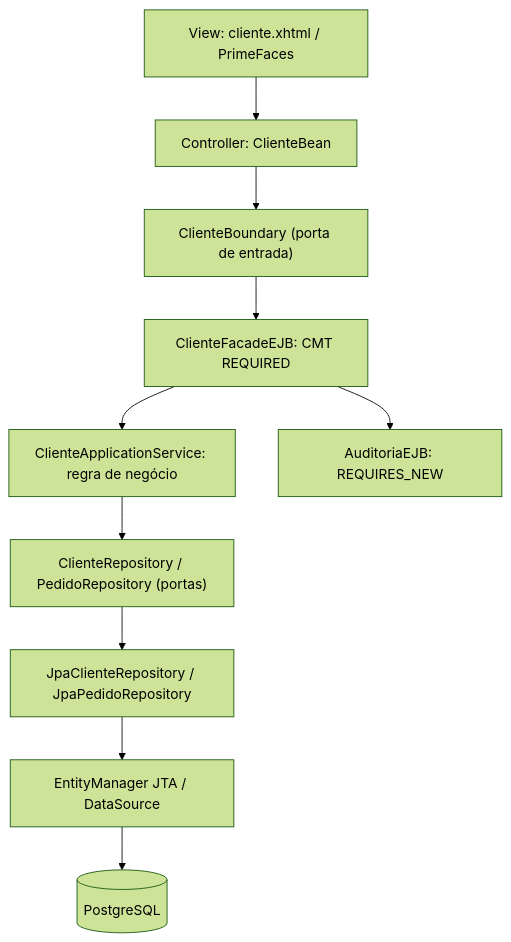
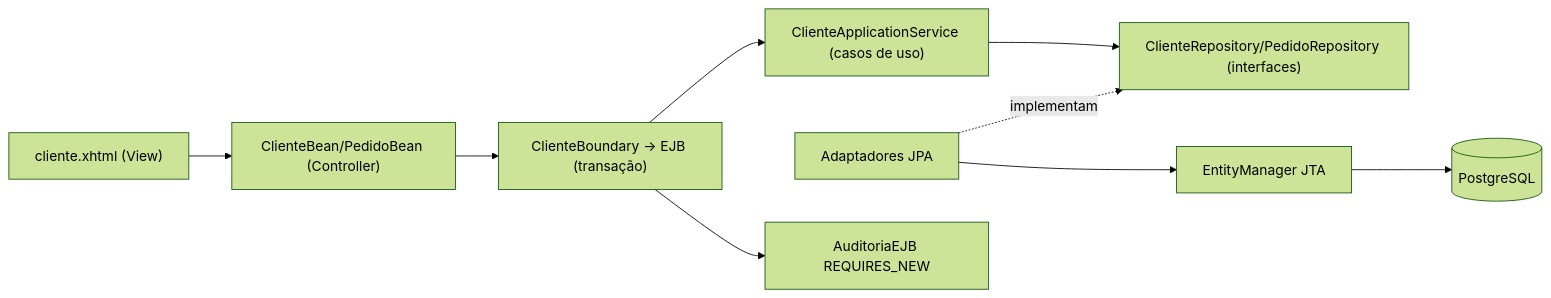
Before and after one commit to murilohenzo/java-estudos: the diagram in javaee/laboratorio/README.md, drawn with Mermaid (forest theme). The commit also changed other lines of this file and 3 other files, not shown here.

````diff
--- a/javaee/laboratorio/README.md
+++ b/javaee/laboratorio/README.md
@@ -7,12 +41,10 @@
 ```mermaid
-flowchart TB
-    UI["View: cliente.xhtml / PrimeFaces"] --> CTRL["Controller: ClienteBean"]
-    CTRL --> PORT["ClienteBoundary (porta de entrada)"]
-    PORT --> EJB["ClienteFacadeEJB: CMT REQUIRED"]
-    EJB --> SERVICE["ClienteApplicationService: regra de negócio"]
-    SERVICE --> REPOS["ClienteRepository / PedidoRepository (portas)"]
-    REPOS --> ADAPTERS["JpaClienteRepository / JpaPedidoRepository"]
-    ADAPTERS --> JPA["EntityManager JTA / DataSource"]
-    JPA --> DB[("PostgreSQL")]
-    EJB --> AUD["AuditoriaEJB: REQUIRES_NEW"]
+flowchart LR
+    X["cliente.xhtml (View)"] --> B["ClienteBean/PedidoBean (Controller)"]
+    B --> E["ClienteBoundary -> EJB (transação)"]
+    E --> S["ClienteApplicationService (casos de uso)"]
+    S --> I["ClienteRepository/PedidoRepository (interfaces)"]
+    J["Adaptadores JPA"] -.->|implementam| I
+    J --> EM["EntityManager JTA"] --> DB[("PostgreSQL")]
+    E --> A["AuditoriaEJB REQUIRES_NEW"]
 ```
````
